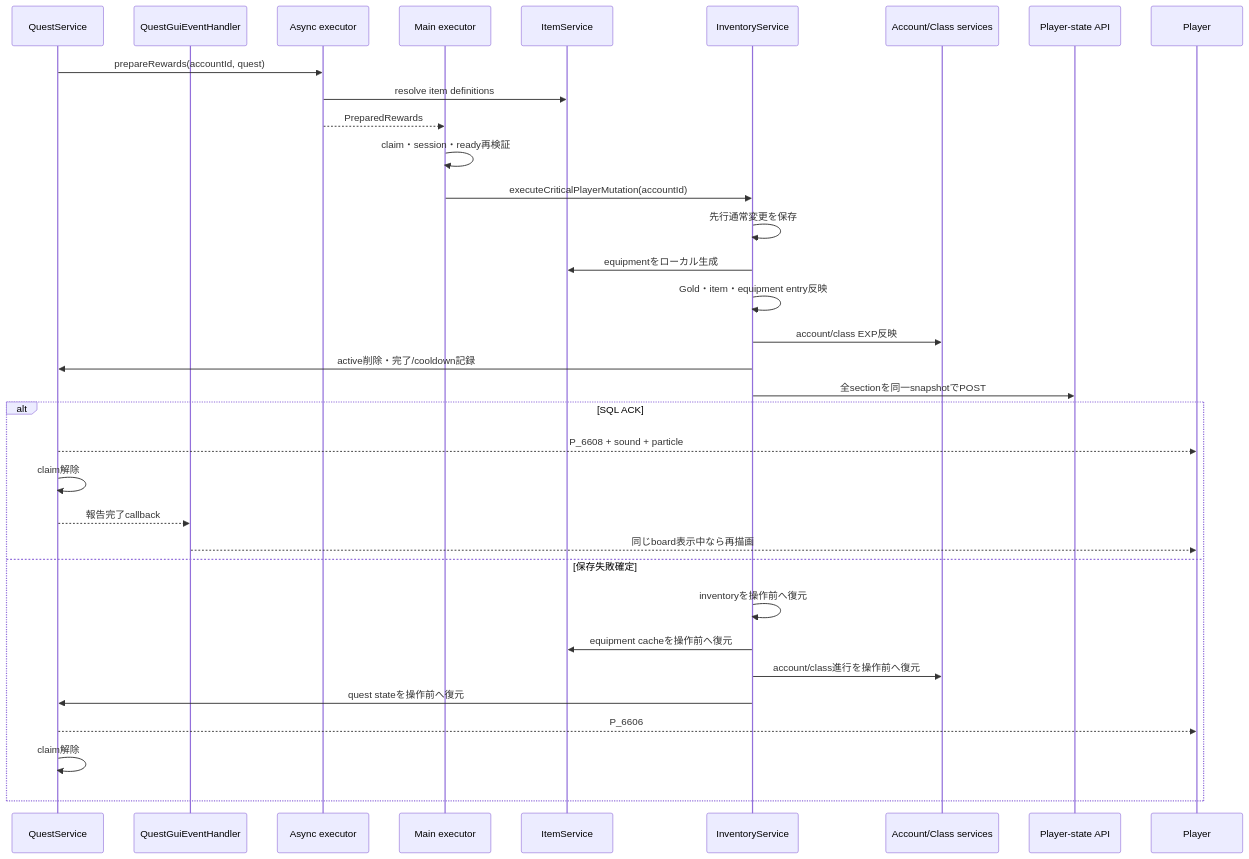
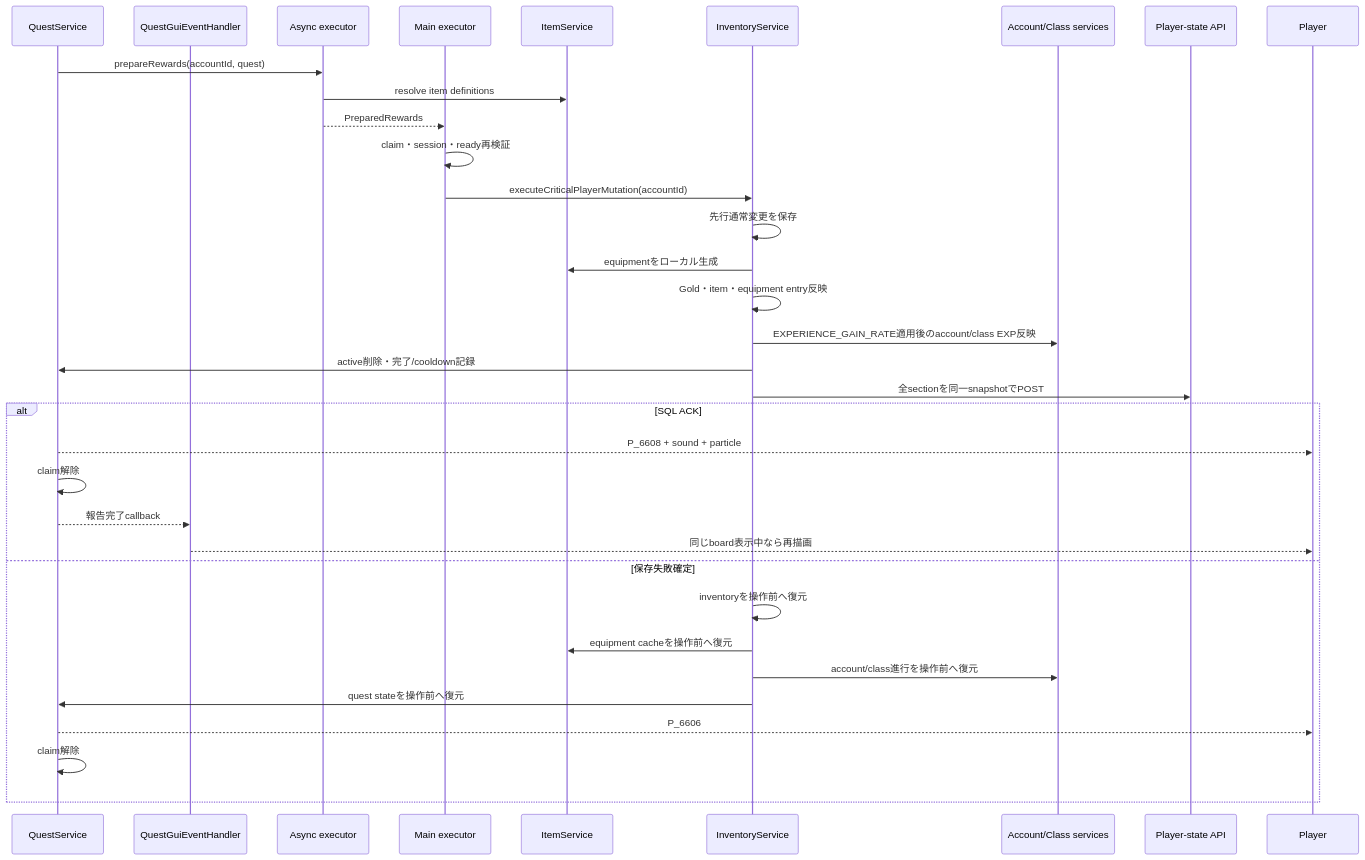
Before and after one commit to maaasu/AstralRecord-Workspace: the fourth of 5 diagrams in 00_docs/10_Plugin設計書/feature/29-quest/29_4-統合フロー.md, drawn with Mermaid. The commit also changed 24 other files, not shown here.

````diff
--- a/00_docs/10_Plugin設計書/feature/29-quest/29_4-統合フロー.md
+++ b/00_docs/10_Plugin設計書/feature/29-quest/29_4-統合フロー.md
@@ -131,37 +131,37 @@
 ```mermaid
 sequenceDiagram
     participant Quest as QuestService
     participant GUI as QuestGuiEventHandler
     participant Async as Async executor
     participant Main as Main executor
     participant Item as ItemService
     participant Inventory as InventoryService
     participant Account as Account/Class services
     participant API as Player-state API
     participant Player as Player
 
     Quest->>Async: prepareRewards(accountId, quest)
     Async->>Item: resolve item definitions
     Async-->>Main: PreparedRewards
     Main->>Main: claim・session・ready再検証
     Main->>Inventory: executeCriticalPlayerMutation(accountId)
     Inventory->>Inventory: 先行通常変更を保存
     Inventory->>Item: equipmentをローカル生成
     Inventory->>Inventory: Gold・item・equipment entry反映
-    Inventory->>Account: account/class EXP反映
+    Inventory->>Account: EXPERIENCE_GAIN_RATE適用後のaccount/class EXP反映
     Inventory->>Quest: active削除・完了/cooldown記録
     Inventory->>API: 全sectionを同一snapshotでPOST
     alt SQL ACK
         Quest-->>Player: P_6608 + sound + particle
         Quest->>Quest: claim解除
         Quest-->>GUI: 報告完了callback
         GUI-->>Player: 同じboard表示中なら再描画
     else 保存失敗確定
         Inventory->>Inventory: inventoryを操作前へ復元
         Inventory->>Item: equipment cacheを操作前へ復元
         Inventory->>Account: account/class進行を操作前へ復元
         Inventory->>Quest: quest stateを操作前へ復元
         Quest-->>Player: P_6606
         Quest->>Quest: claim解除
     end
 ```
````
